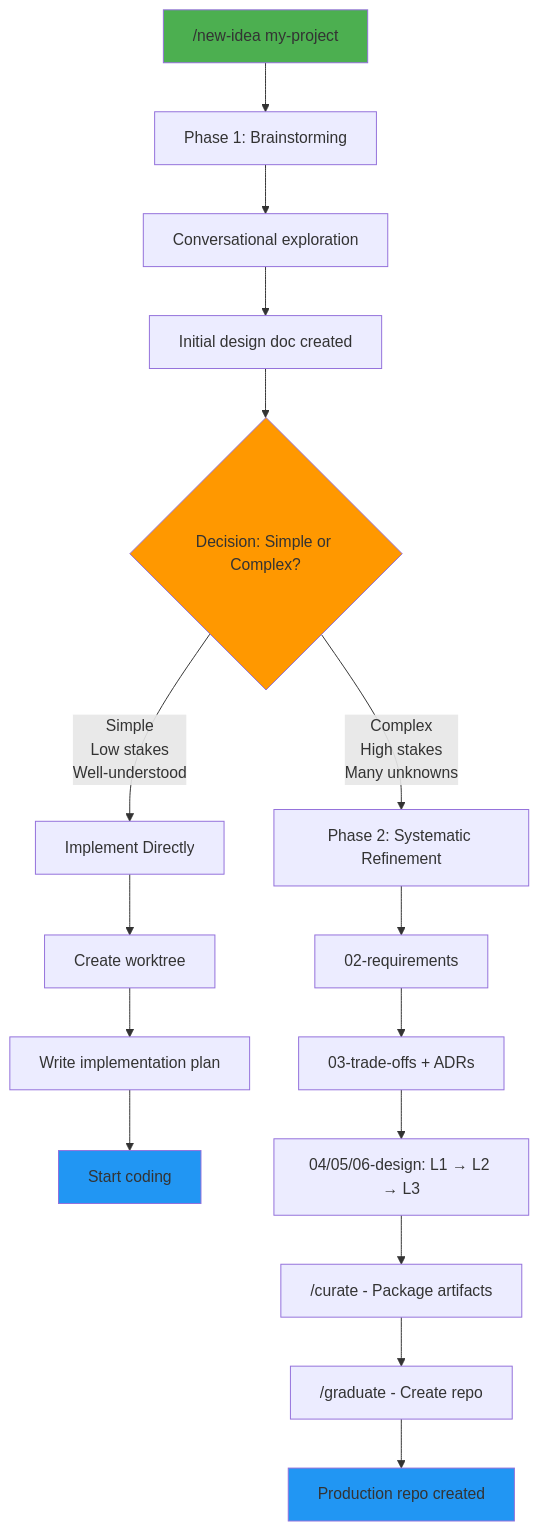
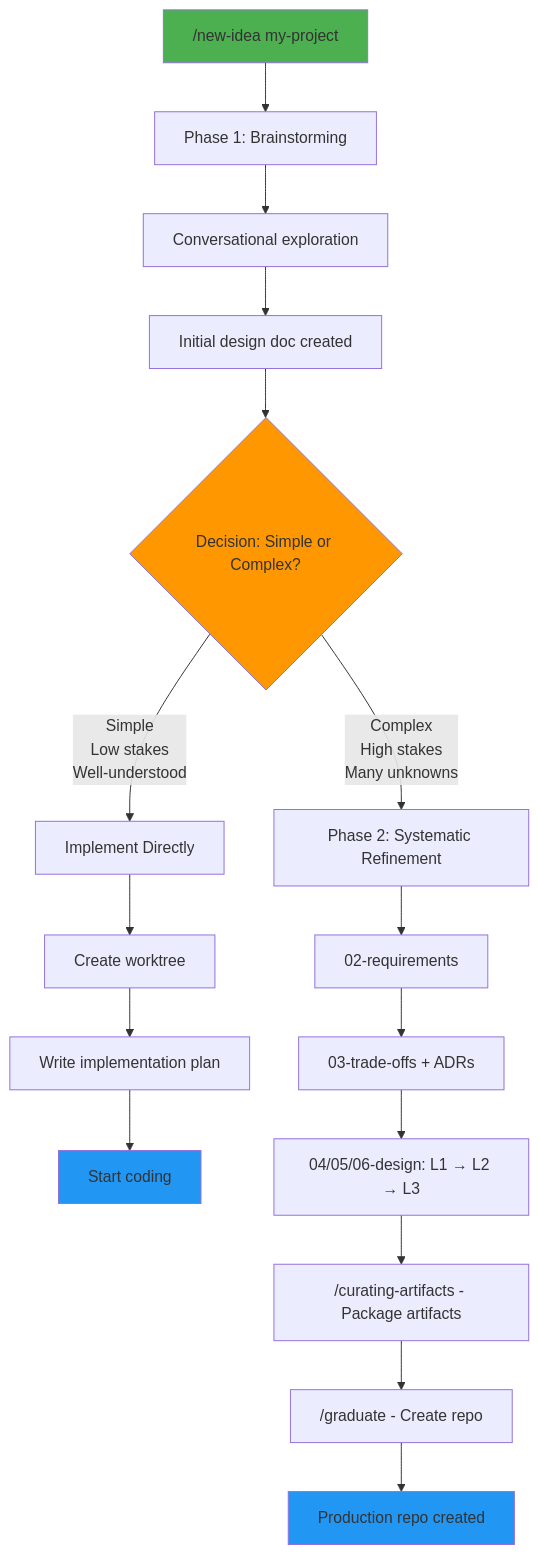
Before and after one commit to shakilbd009/ai-refinery: the diagram in claude.md, drawn with Mermaid. The commit also changed other lines of this file and 4 other files, not shown here.

First line of the commit message:
Rename /curate command to /curating-artifacts

````diff
--- a/claude.md
+++ b/claude.md
@@ -63,25 +63,25 @@
 ```mermaid
 graph TD
     A["/new-idea my-project"] --> B["Phase 1: Brainstorming"]
     B --> C["Conversational exploration"]
     C --> D["Initial design doc created"]
     D --> E{"Decision: Simple or Complex?"}
 
     E -->|"Simple<br/>Low stakes<br/>Well-understood"| F["Implement Directly"]
     F --> G["Create worktree"]
     G --> H["Write implementation plan"]
     H --> I["Start coding"]
 
     E -->|"Complex<br/>High stakes<br/>Many unknowns"| J["Phase 2: Systematic Refinement"]
     J --> K["02-requirements"]
     K --> L["03-trade-offs + ADRs"]
     L --> M["04/05/06-design: L1 → L2 → L3"]
-    M --> N["/curate - Package artifacts"]
+    M --> N["/curating-artifacts - Package artifacts"]
     N --> O["/graduate - Create repo"]
     O --> P["Production repo created"]
 
     style A fill:#4CAF50
     style E fill:#FF9800
     style I fill:#2196F3
     style P fill:#2196F3
 ```
````
